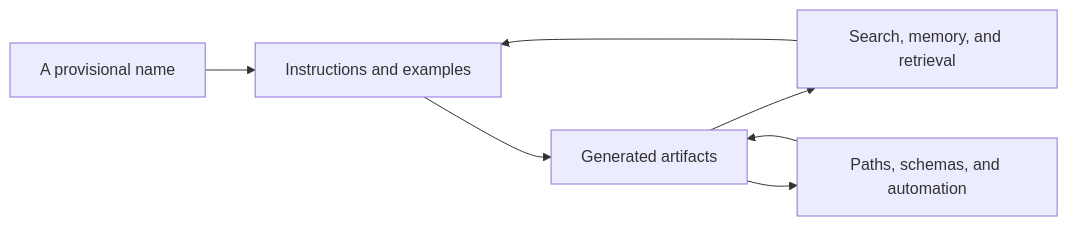
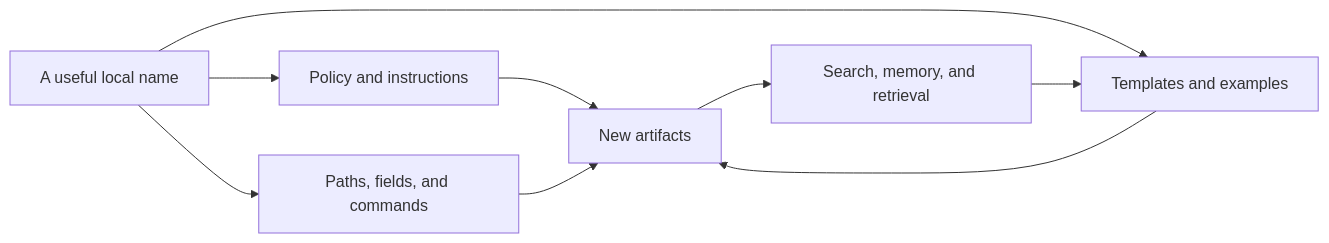
Before and after one commit to ayahohner/inner-lattice: the first of 2 diagrams in src/content/posts/when-names-become-architecture.md, drawn with Mermaid. The commit also changed other lines of this file, not shown here.

Commit message:
docs(blog): rewrite names as architecture essay

````diff
--- a/src/content/posts/when-names-become-architecture.md
+++ b/src/content/posts/when-names-become-architecture.md
@@ -22,9 +26,11 @@
 ```mermaid
 flowchart LR
-    A["A provisional name"] --> B["Instructions and examples"]
-    B --> C["Generated artifacts"]
-    C --> D["Search, memory, and retrieval"]
-    D --> B
-    C --> E["Paths, schemas, and automation"]
-    E --> C
+    A["A useful local name"] --> B["Policy and instructions"]
+    A --> C["Paths, fields, and commands"]
+    A --> D["Templates and examples"]
+    B --> E["New artifacts"]
+    C --> E
+    D --> E
+    E --> F["Search, memory, and retrieval"]
+    F --> D
 ```
````
